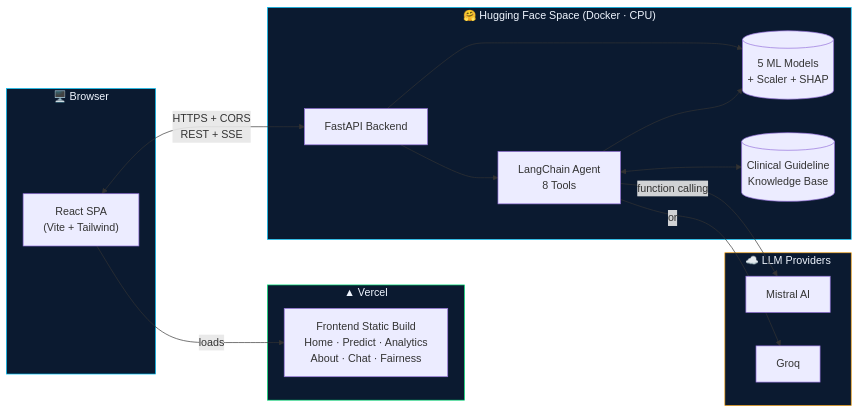
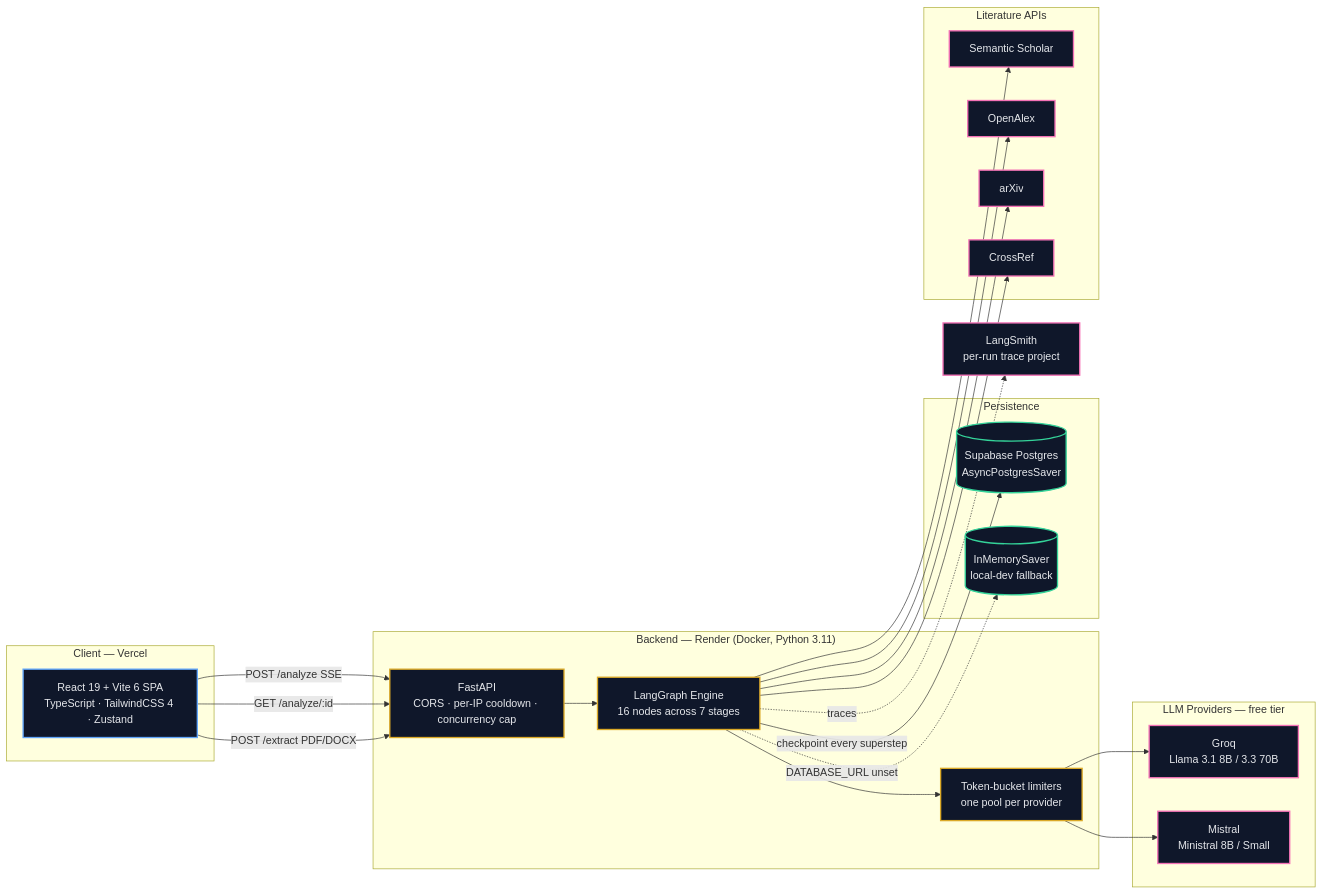
The first of 6 diagrams in README.md (RaGaS958/Marginal), drawn with Mermaid before and after one commit. The commit also changed other lines of this file and 3 other files, not shown here.

````diff
--- a/README.md
+++ b/README.md
@@ -61,36 +107,55 @@
 ```mermaid
 flowchart LR
-    subgraph Client["🖥️ Browser"]
-        UI["React SPA<br/>(Vite + Tailwind)"]
+    subgraph Client["Client — Vercel"]
+        UI["React 19 + Vite 6 SPA<br/>TypeScript · TailwindCSS 4 · Zustand"]
     end
 
-    subgraph Vercel["▲ Vercel"]
-        FE["Frontend Static Build<br/>Home · Predict · Analytics<br/>About · Chat · Fairness"]
+    subgraph Server["Backend — Render (Docker, Python 3.11)"]
+        API["FastAPI<br/>CORS · per-IP cooldown · concurrency cap"]
+        ENGINE["LangGraph Engine<br/>16 nodes across 7 stages"]
+        RL["Token-bucket limiters<br/>one pool per provider"]
     end
 
-    subgraph HFSpace["🤗 Hugging Face Space (Docker · CPU)"]
-        API["FastAPI Backend"]
-        Models[("5 ML Models<br/>+ Scaler + SHAP")]
-        Agent["LangChain Agent<br/>8 Tools"]
-        RAG[("Clinical Guideline<br/>Knowledge Base")]
+    subgraph Persist["Persistence"]
+        PG[("Supabase Postgres<br/>AsyncPostgresSaver")]
+        MEM[("InMemorySaver<br/>local-dev fallback")]
     end
 
-    subgraph LLM["☁️ LLM Providers"]
-        Mistral["Mistral AI"]
-        Groq["Groq"]
+    subgraph Providers["LLM Providers — free tier"]
+        GROQ["Groq<br/>Llama 3.1 8B / 3.3 70B"]
+        MIST["Mistral<br/>Ministral 8B / Small"]
     end
 
-    UI -->|"loads"| FE
-    UI <-->|"HTTPS + CORS<br/>REST + SSE"| API
-    API --> Models
-    API --> Agent
-    Agent --> Models
-    Agent <--> RAG
-    Agent -->|"function calling"| Mistral
-    Agent -->|"or"| Groq
+    subgraph Lit["Literature APIs"]
+        SS["Semantic Scholar"]
+        OA["OpenAlex"]
+        ARX["arXiv"]
+        CR["CrossRef"]
+    end
 
-    style Client fill:#0B1A30,stroke:#00C8FF,color:#F0F6FF
-    style Vercel fill:#0B1A30,stroke:#00E87A,color:#F0F6FF
-    style HFSpace fill:#0B1A30,stroke:#00C8FF,color:#F0F6FF
-    style LLM fill:#0B1A30,stroke:#F59E0B,color:#F0F6FF
+    LS["LangSmith<br/>per-run trace project"]
+
+    UI -- "POST /analyze  SSE" --> API
+    UI -- "GET /analyze/:id" --> API
+    UI -- "POST /extract  PDF/DOCX" --> API
+    API --> ENGINE
+    ENGINE --> RL
+    RL --> GROQ
+    RL --> MIST
+    ENGINE -- "checkpoint every superstep" --> PG
+    ENGINE -.->|"DATABASE_URL unset"| MEM
+    ENGINE --> SS
+    ENGINE --> OA
+    ENGINE --> ARX
+    ENGINE --> CR
+    ENGINE -.->|"traces"| LS
+
+    classDef client fill:#0f172a,stroke:#60a5fa,stroke-width:2px,color:#e5e7eb;
+    classDef server fill:#0f172a,stroke:#DBA927,stroke-width:2px,color:#e5e7eb;
+    classDef data fill:#0f172a,stroke:#34d399,stroke-width:2px,color:#e5e7eb;
+    classDef ext fill:#0f172a,stroke:#f472b6,stroke-width:2px,color:#e5e7eb;
+    class UI client;
+    class API,ENGINE,RL server;
+    class PG,MEM data;
+    class GROQ,MIST,SS,OA,ARX,CR,LS ext;
 ```
````
